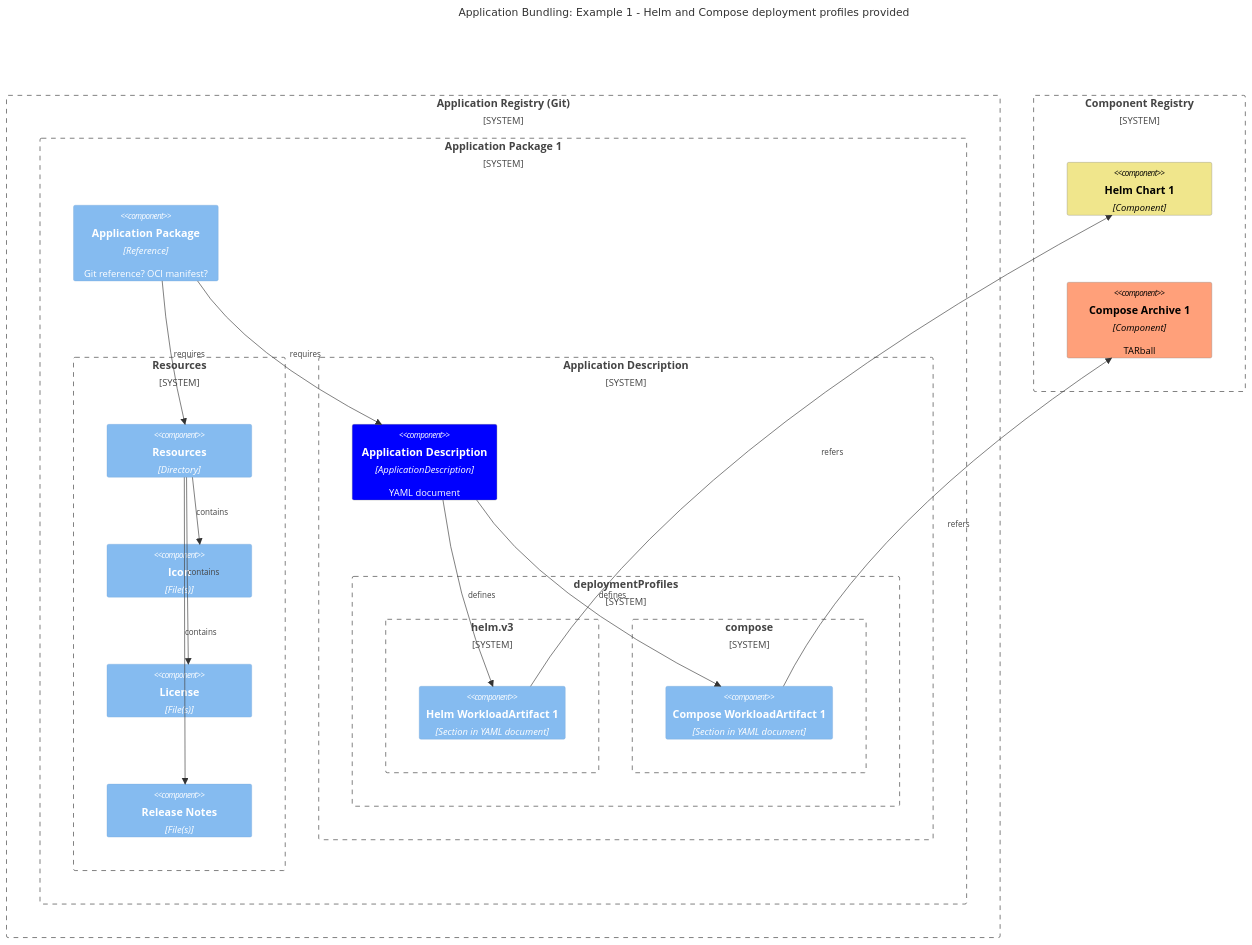
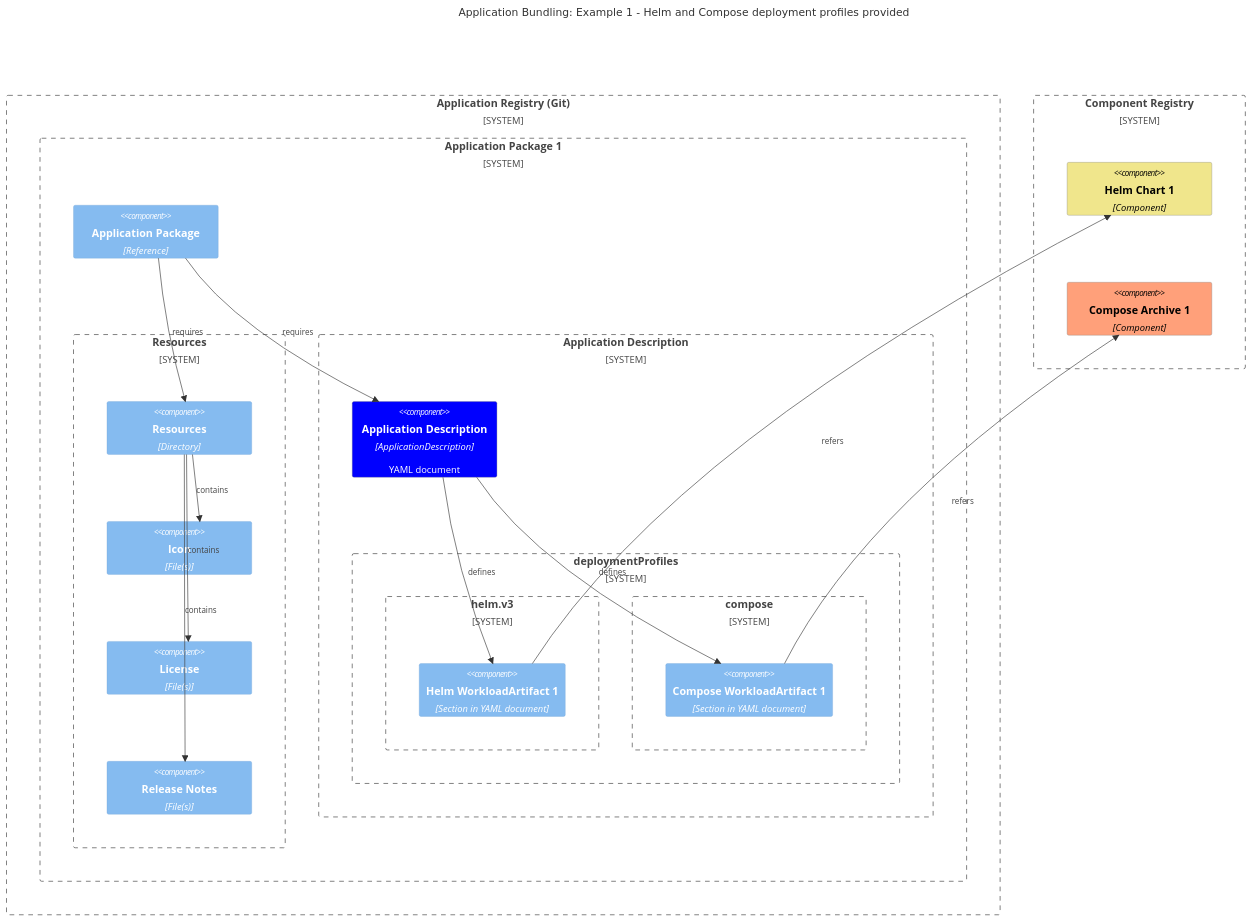
The second of 6 diagrams in system-design/margo-overview/software-composition.md (margo/specification), drawn with Mermaid before and after one commit. The commit also changed other lines of this file, not shown here.

Commit message:
adapt according feedback

````diff
--- a/system-design/margo-overview/software-composition.md
+++ b/system-design/margo-overview/software-composition.md
@@ -70,49 +70,49 @@
 ```mermaid
 C4Component
     title Application Bundling: Example 1 - Helm and Compose deployment profiles provided
 
     System_Boundary(ar, "Application Registry (Git)") {
         System_Boundary(ab1, "Application Package 1") {
-            Component(atb1, "Application Package", "Reference", "Git reference? OCI manifest?")
+            Component(atb1, "Application Package", "Reference")
 
             System_Boundary(c99, "Resources") {
                 Component(rd, "Resources", "Directory")
                 Component(ic, "Icon", "File(s)")
                 Component(lc, "License", "File(s)")
                 Component(rn, "Release Notes", "File(s)")
                 Rel(rd, ic, "contains")
                 Rel(rd, lc, "contains")
                 Rel(rd, rn, "contains")
             }
 
             System_Boundary(c1, "Application Description") {
                 Component(ad, "Application Description", "ApplicationDescription", "YAML document")
                 System_Boundary(c2, "deploymentProfiles") {
                     System_Boundary(c3, "helm.v3") {
                         Component(wldh1, "Helm WorkloadArtifact 1", "Section in YAML document")
                     }
                     System_Boundary(c4, "compose") {
                         Component(wldc1, "Compose WorkloadArtifact 1", "Section in YAML document")
                     }
                 }
                 Rel(ad,wldh1, "defines")
                 Rel(ad,wldc1, "defines")
             }
 
             Rel(atb1, ad, "requires")
             Rel(atb1, rd, "requires")
         }
     }
 
     System_Boundary(crr, "Component Registry") {
         Component(hc1, "Helm Chart 1", "Component")
-        Component(cc1, "Compose Archive 1", "Component", "TARball")
+        Component(cc1, "Compose Archive 1", "Component")
     }
 
     Rel(wldh1, hc1, "refers")
     Rel(wldc1, cc1, "refers")
 
     UpdateElementStyle(ad, $fontColor="white", $bgColor="blue", $borderColor="grey")
     UpdateElementStyle(hc1, $fontColor="black", $bgColor="khaki", $borderColor="grey")
     UpdateElementStyle(cc1, $fontColor="black", $bgColor="lightsalmon", $borderColor="grey")
 ```
````
